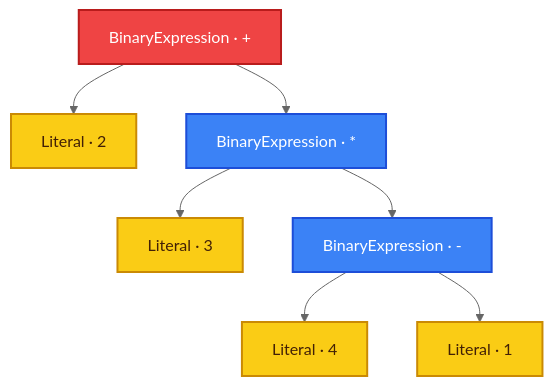
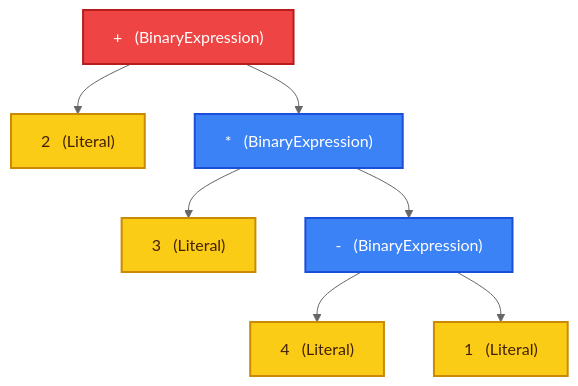
Before and after one commit to Apurba-0001/ParseVision: the first of 2 diagrams in README.md, drawn with Mermaid (neutral theme). The commit also changed other lines of this file and 9 other files, not shown here.

````diff
--- a/README.md
+++ b/README.md
@@ -35,25 +68,17 @@
 ```mermaid
-flowchart TD
-    Root["BinaryExpression · +"]
-    N2["Literal · 2"]
-    Mul["BinaryExpression · *"]
-    N3["Literal · 3"]
-    Sub["BinaryExpression · -"]
-    N4["Literal · 4"]
-    N1["Literal · 1"]
+graph TD
+    Root["+ &nbsp; (BinaryExpression)"] --> N2["2 &nbsp; (Literal)"]
+    Root --> Mul["* &nbsp; (BinaryExpression)"]
+    Mul --> N3["3 &nbsp; (Literal)"]
+    Mul --> Sub["- &nbsp; (BinaryExpression)"]
+    Sub --> N4["4 &nbsp; (Literal)"]
+    Sub --> N1["1 &nbsp; (Literal)"]
 
-    Root --> N2
-    Root --> Mul
-    Mul --> N3
-    Mul --> Sub
-    Sub --> N4
-    Sub --> N1
+    classDef root fill:#EF4444,stroke:#B91C1C,color:#FFFFFF,stroke-width:2px;
+    classDef binary fill:#3B82F6,stroke:#1D4ED8,color:#FFFFFF,stroke-width:2px;
+    classDef literal fill:#FACC15,stroke:#CA8A04,color:#422006,stroke-width:2px;
 
-    classDef root fill:#EF4444,stroke:#B91C1C,color:#FFFFFF,stroke-width:2px
-    classDef binary fill:#3B82F6,stroke:#1D4ED8,color:#FFFFFF,stroke-width:2px
-    classDef literal fill:#FACC15,stroke:#CA8A04,color:#422006,stroke-width:2px
-
-    class Root root
-    class Mul,Sub binary
-    class N2,N3,N4,N1 literal
+    class Root root;
+    class Mul,Sub binary;
+    class N2,N3,N4,N1 literal;
 ```
````
